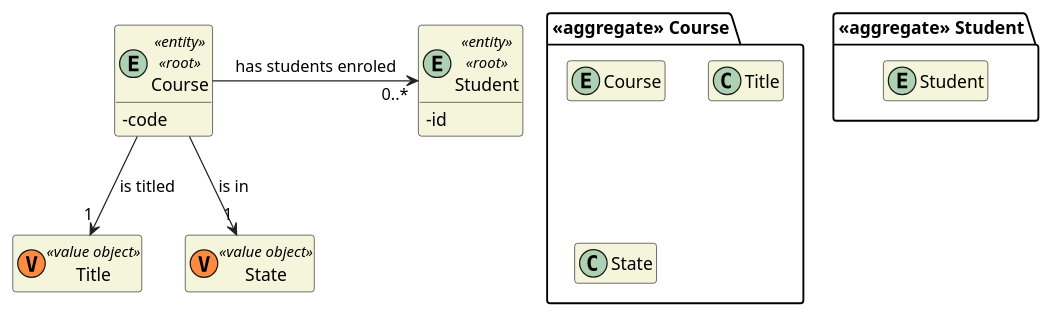
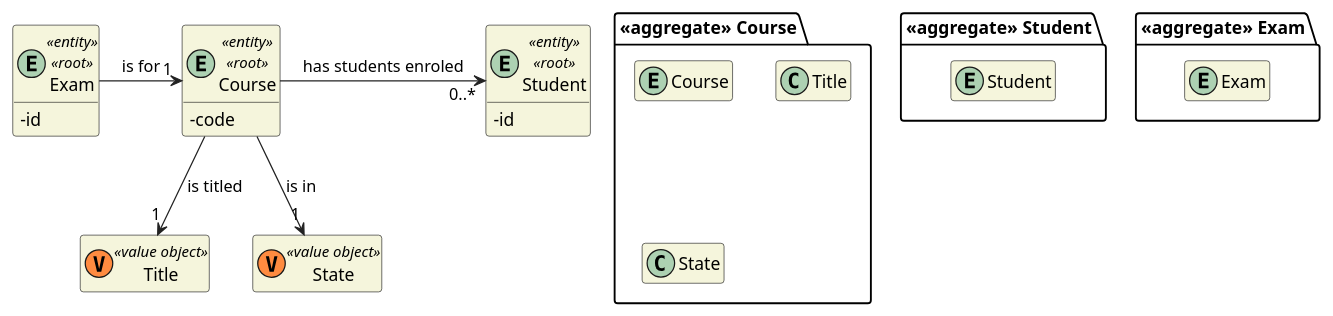
The diagram in docs/DM/DM_Course.puml (miseEnPlace-dev/lapr4), drawn with PlantUML before and after one commit. The commit also changed 2 other files, not shown here.

```diff
--- a/docs/DM/DM_Course.puml
+++ b/docs/DM/DM_Course.puml
@@ -1,37 +1,47 @@
 @startuml DM-COURSE
 'https://plantuml.com/class-diagram
 
 skinparam classAttributeIconSize 0
 hide empty attributes
 hide empty methods
 skinparam classBackgroundColor beige
 skinparam ArrowColor #222222
 
 package "<<aggregate>> Course" {
     entity Course
 
     class Title
     class State
 }
 
 entity Course <<entity>> <<root>> {
     - code
 }
 
 package "<<aggregate>> Student" {
     entity Student
 }
 
 entity Student <<entity>> <<root>> {
   -id
 }
 
+package "<<aggregate>> Exam" {
+    entity Exam
+}
+
+entity Exam <<entity>> <<root>> {
+  -id
+}
+
 class Title <<(V,#FF8B40) value object>> {}
 class State <<(V,#FF8B40) value object>> {}
 
 Course --> "1" Title : is titled
 Course --> "1" State : is in
 
+Exam -> "1" Course : is for
+
 Course -> "0..*" Student : has students enroled
 
 @enduml
```
